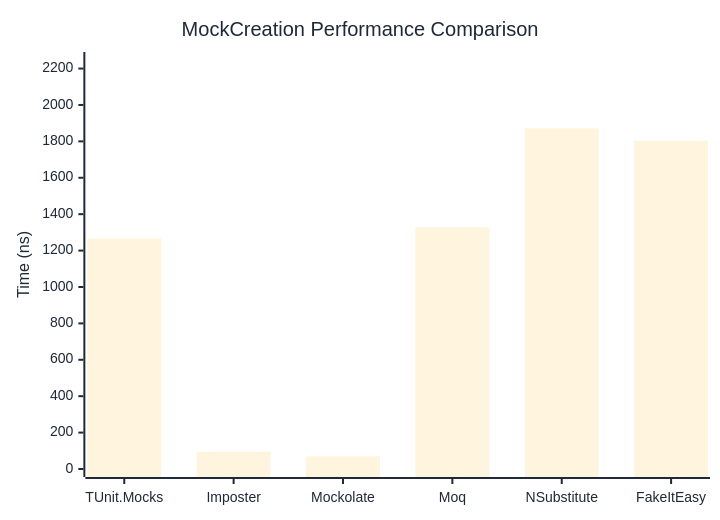
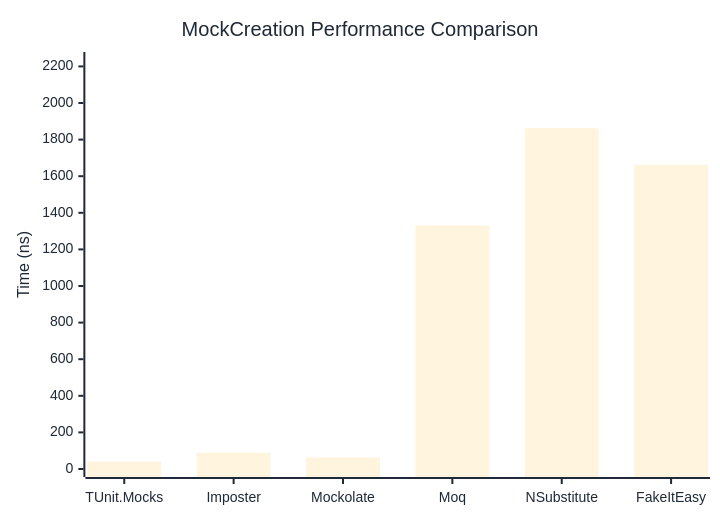
One commit to thomhurst/TUnit changed the first of 2 diagrams in docs/docs/benchmarks/mocks/MockCreation.md. Above: the diagram before and after it, drawn with Mermaid. The commit also changed other lines of this file and 14 other files, not shown here.

````diff
--- a/docs/docs/benchmarks/mocks/MockCreation.md
+++ b/docs/docs/benchmarks/mocks/MockCreation.md
@@ -28,27 +28,27 @@
 ```mermaid
 %%{init: {
   'theme':'base',
   'themeVariables': {
     'primaryColor': '#2563eb',
     'primaryTextColor': '#1f2937',
     'primaryBorderColor': '#1e40af',
     'lineColor': '#6b7280',
     'secondaryColor': '#7c3aed',
     'tertiaryColor': '#dc2626',
     'background': '#ffffff',
     'pie1': '#2563eb',
     'pie2': '#7c3aed',
     'pie3': '#dc2626',
     'pie4': '#f59e0b',
     'pie5': '#10b981',
     'pie6': '#06b6d4',
     'pie7': '#ec4899',
     'pie8': '#6366f1'
   }
 }}%%
 xychart-beta
   title "MockCreation Performance Comparison"
   x-axis ["TUnit.Mocks", "Imposter", "Mockolate", "Moq", "NSubstitute", "FakeItEasy"]
-  y-axis "Time (ns)" 0 --> 2247
-  bar [1265.81, 94.97, 69.43, 1327.09, 1871.77, 1803.68]
+  y-axis "Time (ns)" 0 --> 2235
+  bar [40.17, 89.16, 63.18, 1330.06, 1862.34, 1662.17]
 ```
````
